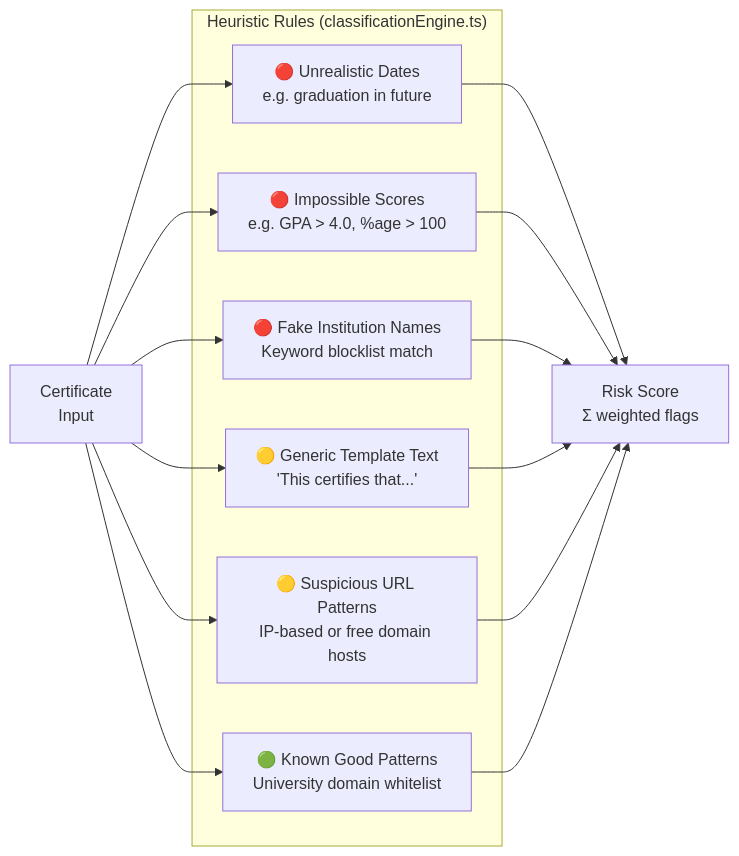
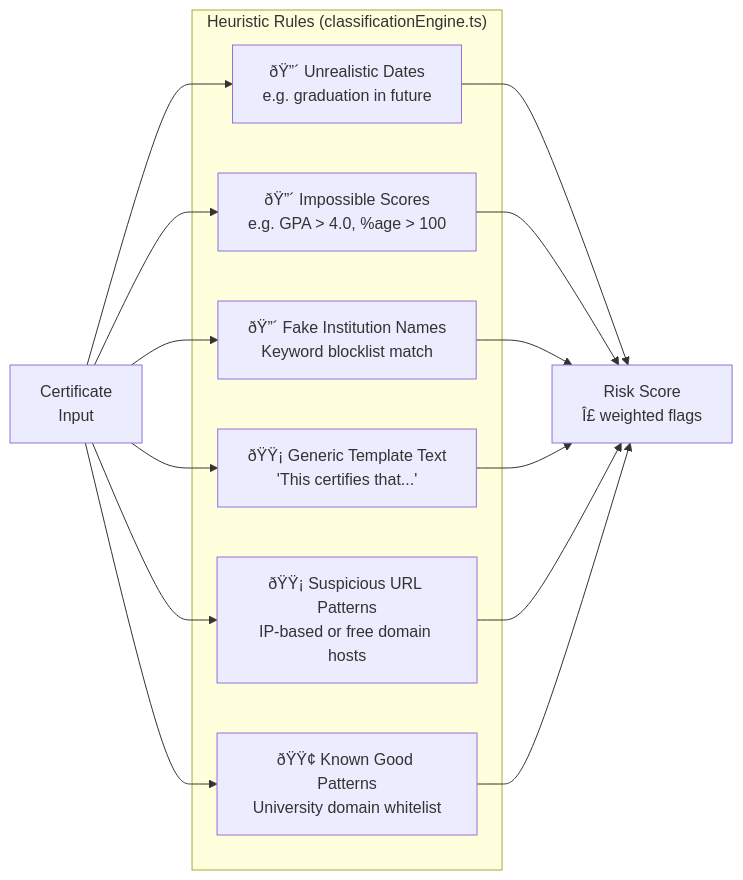
One commit to sohansarkar07/Digital-certificate-validator-full-project changed the fourth of 15 diagrams in README.md. Above: the diagram before and after it, drawn with Mermaid. The commit also changed other lines of this file, not shown here.

````diff
--- a/README.md
+++ b/README.md
@@ -392,19 +392,19 @@
 ```mermaid
 graph LR
     subgraph RULES["Heuristic Rules (classificationEngine.ts)"]
-        R1["🔴 Unrealistic Dates\ne.g. graduation in future"]
-        R2["🔴 Impossible Scores\ne.g. GPA > 4.0, %age > 100"]
-        R3["🔴 Fake Institution Names\nKeyword blocklist match"]
-        R4["🟡 Generic Template Text\n'This certifies that...'"]
-        R5["🟡 Suspicious URL Patterns\nIP-based or free domain hosts"]
-        R6["🟢 Known Good Patterns\nUniversity domain whitelist"]
+        R1["ðŸ”´ Unrealistic Dates\ne.g. graduation in future"]
+        R2["ðŸ”´ Impossible Scores\ne.g. GPA > 4.0, %age > 100"]
+        R3["ðŸ”´ Fake Institution Names\nKeyword blocklist match"]
+        R4["ðŸŸ¡ Generic Template Text\n'This certifies that...'"]
+        R5["ðŸŸ¡ Suspicious URL Patterns\nIP-based or free domain hosts"]
+        R6["ðŸŸ¢ Known Good Patterns\nUniversity domain whitelist"]
     end
 
     CERT["Certificate\nInput"] --> R1 & R2 & R3 & R4 & R5 & R6
-    R1 --> SCORE["Risk Score\nΣ weighted flags"]
+    R1 --> SCORE["Risk Score\nÎ£ weighted flags"]
     R2 --> SCORE
     R3 --> SCORE
     R4 --> SCORE
     R5 --> SCORE
     R6 --> SCORE
 ```
````
